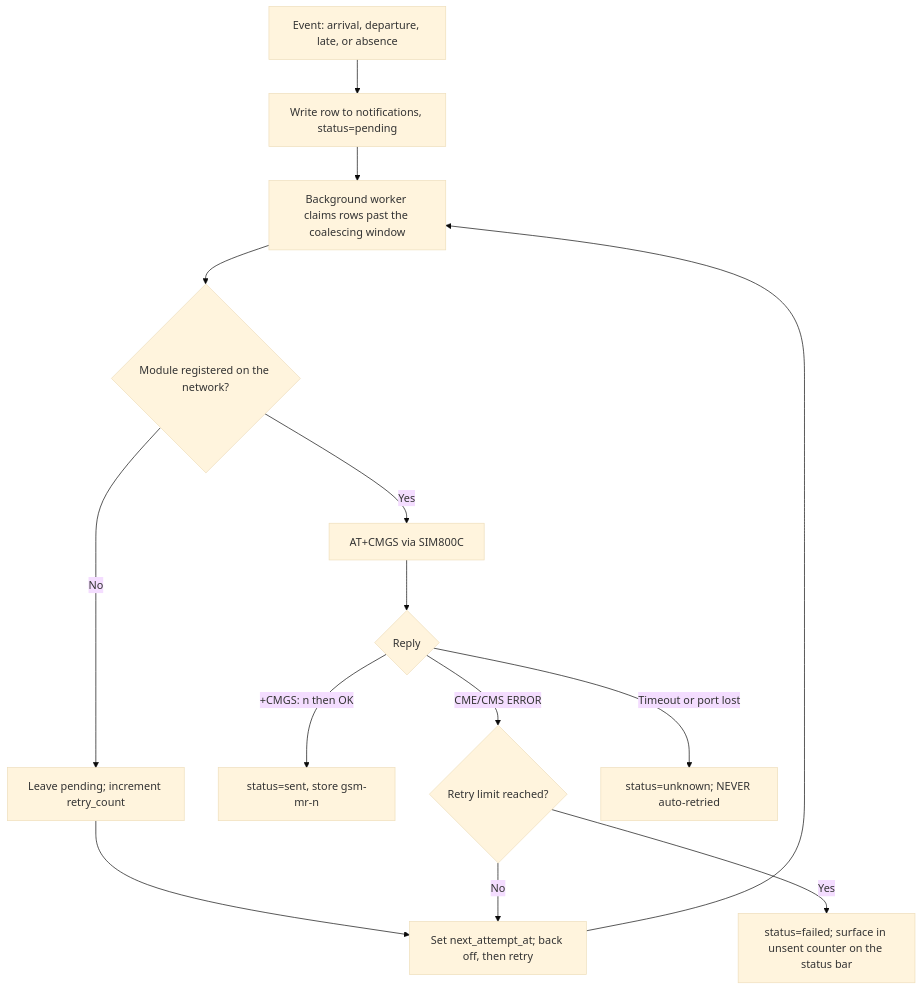
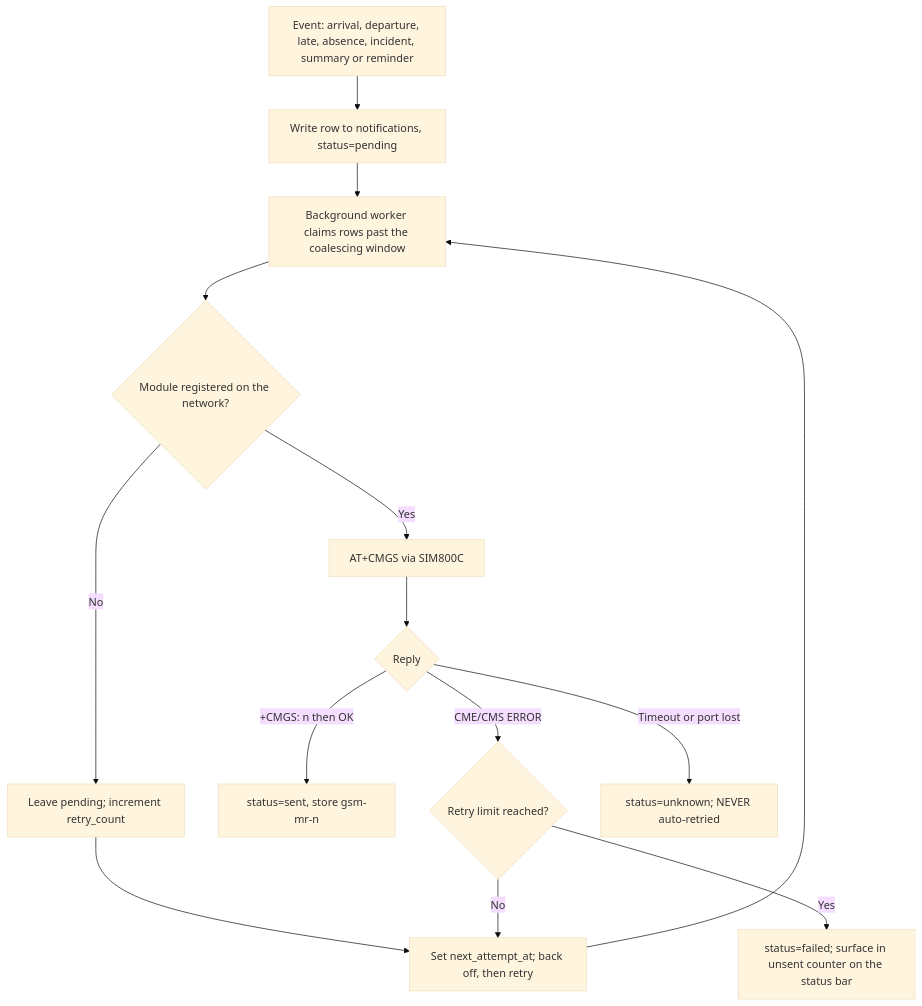
Before and after one commit to paopao-GG/brshs-qr-attendance-system: the second of 4 diagrams in docs/flow.md, drawn with Mermaid (base theme). The commit also changed other lines of this file and 11 other files, not shown here.

````diff
--- a/docs/flow.md
+++ b/docs/flow.md
@@ -158,16 +161,16 @@
 ```mermaid
 flowchart TD
-    A[Event: arrival, departure, late, or absence] --> B[Write row to notifications, status=pending]
+    A[Event: arrival, departure, late, absence, incident, summary or reminder] --> B[Write row to notifications, status=pending]
     B --> C[Background worker claims rows past the coalescing window]
     C --> D{Module registered on the network?}
     D -->|No| E[Leave pending; increment retry_count]
     E --> F[Set next_attempt_at; back off, then retry]
     F --> C
     D -->|Yes| G[AT+CMGS via SIM800C]
     G --> H{Reply}
     H -->|+CMGS: n then OK| I[status=sent, store gsm-mr-n]
     H -->|CME/CMS ERROR| J{Retry limit reached?}
     H -->|Timeout or port lost| U[status=unknown; NEVER auto-retried]
     J -->|No| F
     J -->|Yes| K[status=failed; surface in unsent counter on the status bar]
 ```
````
